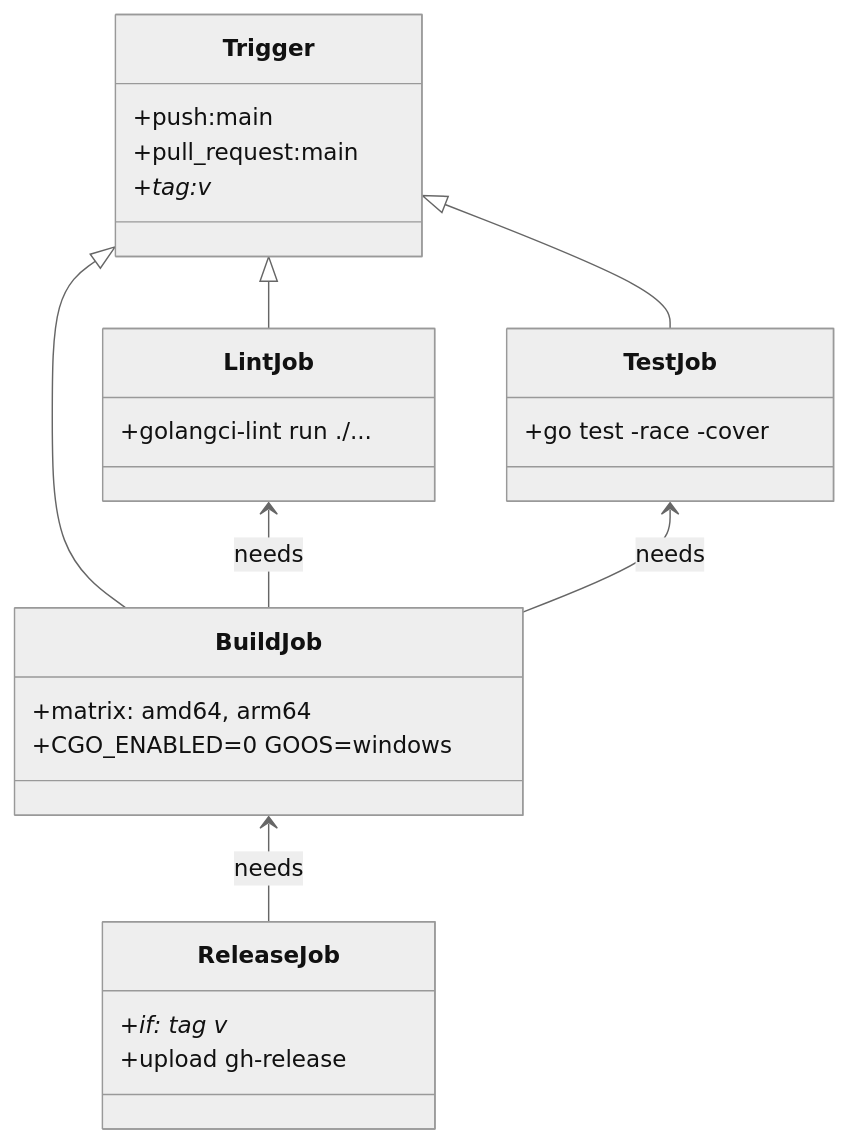
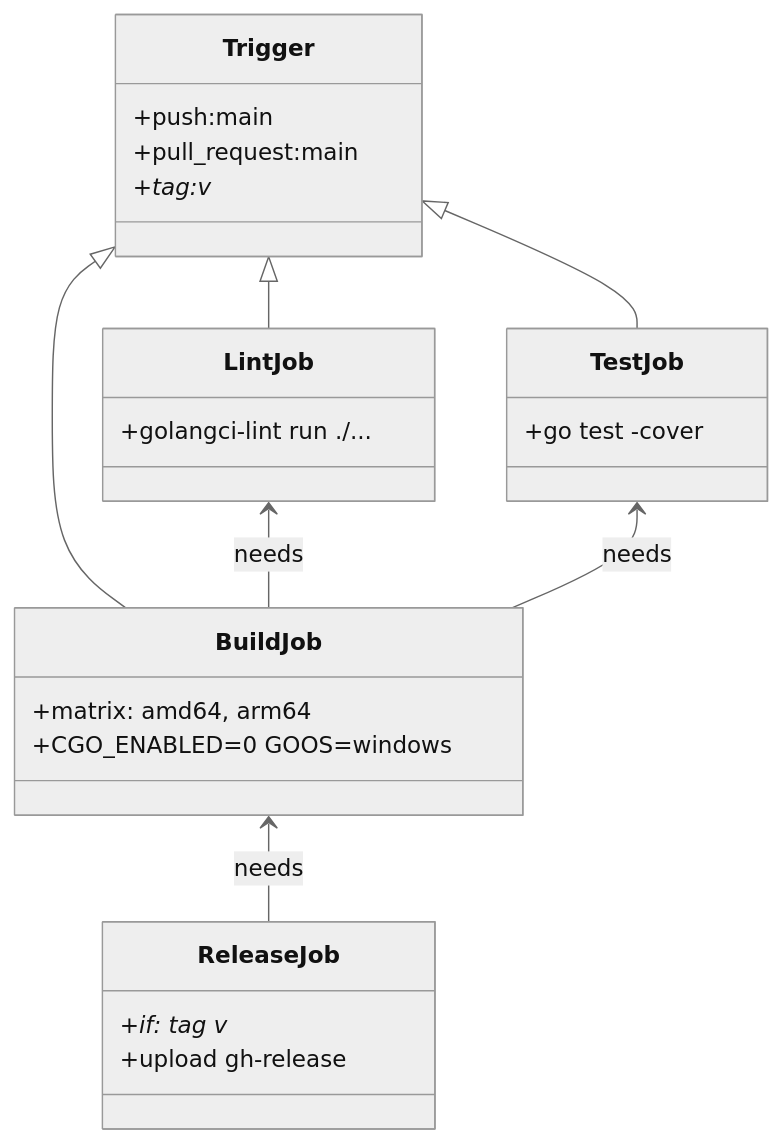
The first of 3 diagrams in docs/100-Release/CI.md (shaolei/DeskCalendar), drawn with Mermaid (neutral theme) before and after one commit. The commit also changed other lines of this file and 813 other files, not shown here.

````diff
--- a/docs/100-Release/CI.md
+++ b/docs/100-Release/CI.md
@@ -27,28 +27,28 @@
 ```mermaid
 classDiagram
     class Trigger {
         +push:main
         +pull_request:main
         +tag:v*
     }
     class LintJob {
         +golangci-lint run ./...
     }
     class TestJob {
-        +go test -race -cover
+        +go test -cover
     }
     class BuildJob {
         +matrix: amd64, arm64
         +CGO_ENABLED=0 GOOS=windows
     }
     class ReleaseJob {
         +if: tag v*
         +upload gh-release
     }
     Trigger <|-- LintJob
     Trigger <|-- TestJob
     Trigger <|-- BuildJob
     LintJob <-- BuildJob : needs
     TestJob <-- BuildJob : needs
     BuildJob <-- ReleaseJob : needs
 ```
````
